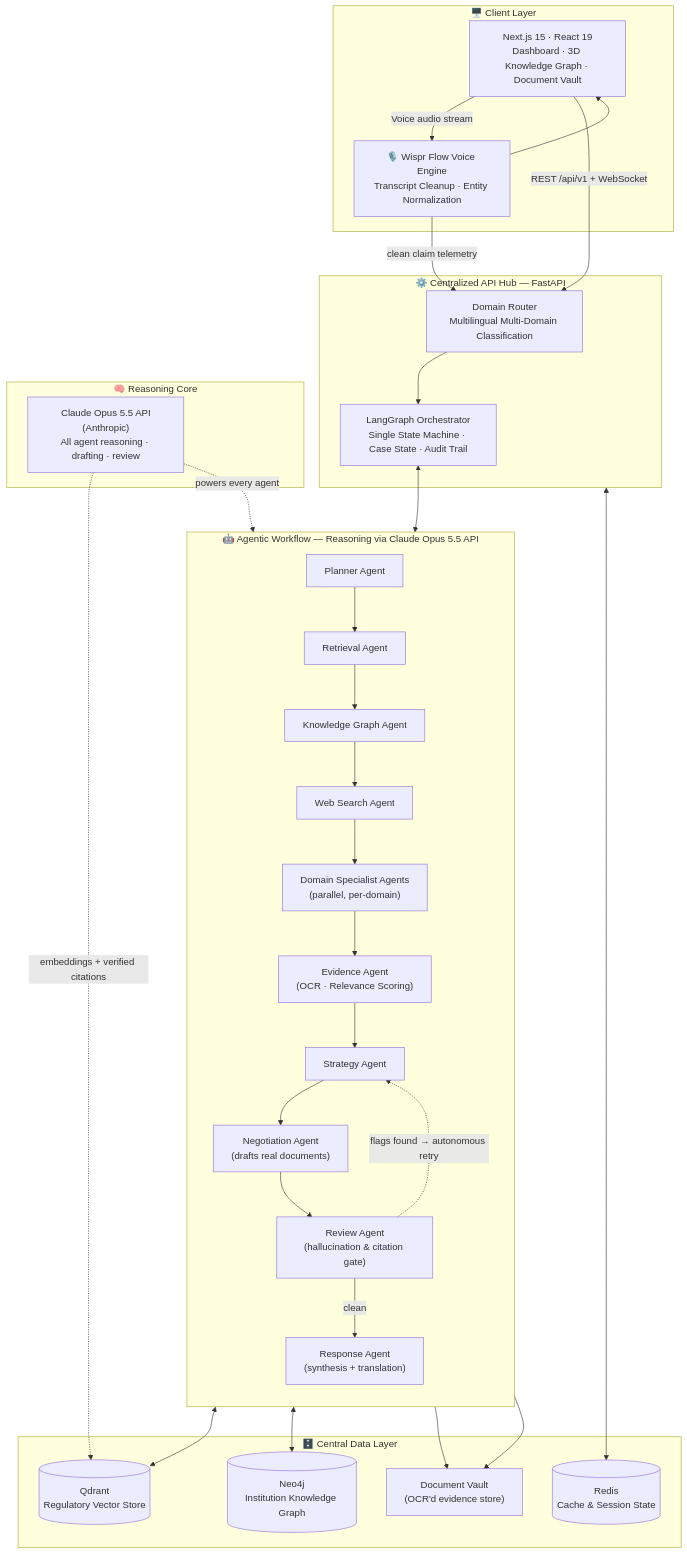
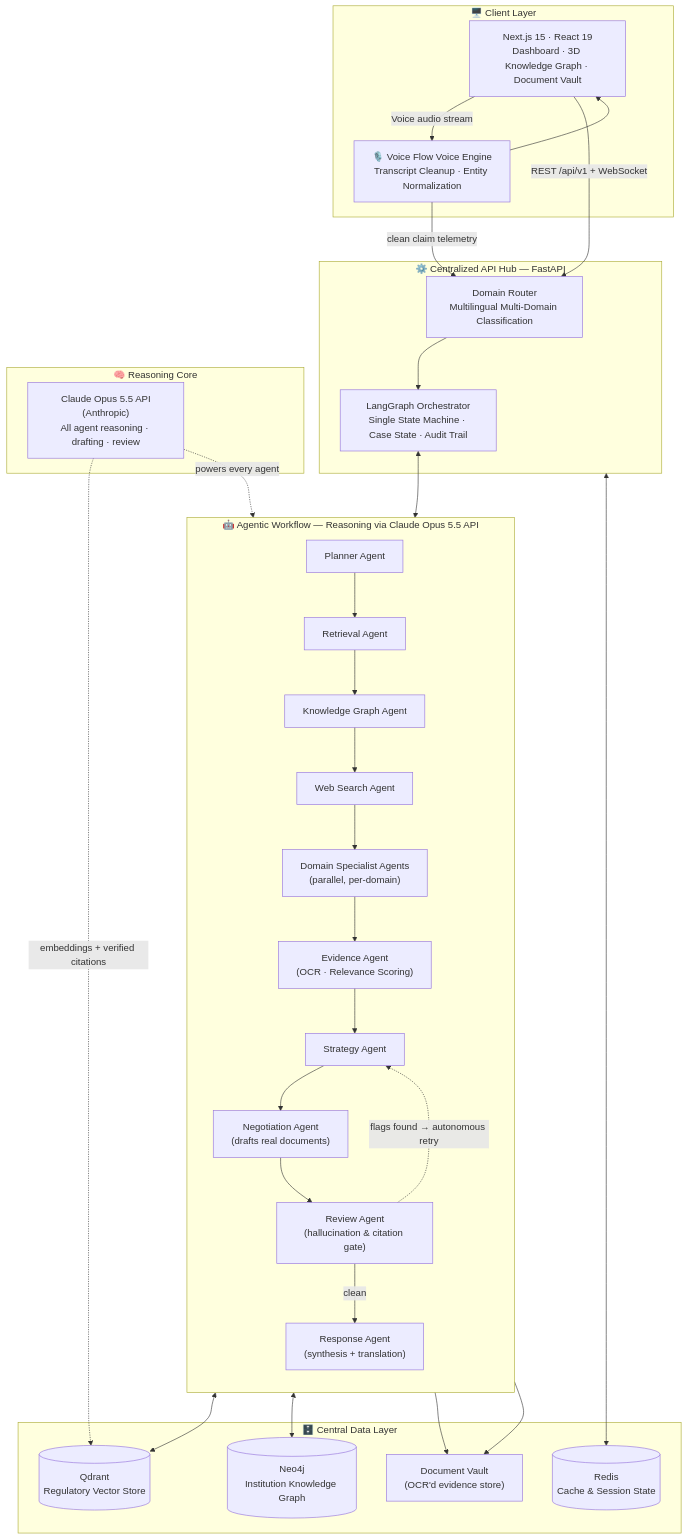
One commit to victrvondoom/RECLAIM changed the first of 2 diagrams in README.md. Above: the diagram before and after it, drawn with Mermaid. The commit also changed other lines of this file and 30 other files, not shown here.

Commit message:
chore: remove Wispr Flow references

````diff
--- a/README.md
+++ b/README.md
@@ -72,58 +72,58 @@
 ```mermaid
 flowchart TB
     subgraph Client["🖥️ Client Layer"]
         UI["Next.js 15 · React 19<br/>Dashboard · 3D Knowledge Graph · Document Vault"]
-        Voice["🎙️ Wispr Flow Voice Engine<br/>Transcript Cleanup · Entity Normalization"]
+        Voice["🎙️ Voice Flow Voice Engine<br/>Transcript Cleanup · Entity Normalization"]
         Voice --> UI
     end
 
     subgraph Hub["⚙️ Centralized API Hub — FastAPI"]
         Router["Domain Router<br/>Multilingual Multi-Domain Classification"]
         Orchestrator["LangGraph Orchestrator<br/>Single State Machine · Case State · Audit Trail"]
     end
 
     subgraph Agents["🤖 Agentic Workflow — Reasoning via Claude Opus 5.5 API"]
         direction TB
         Planner["Planner Agent"]
         Retrieval["Retrieval Agent"]
         KGraph["Knowledge Graph Agent"]
         WebSearch["Web Search Agent"]
         Specialists["Domain Specialist Agents<br/>(parallel, per-domain)"]
         Evidence["Evidence Agent<br/>(OCR · Relevance Scoring)"]
         Strategy["Strategy Agent"]
         Negotiator["Negotiation Agent<br/>(drafts real documents)"]
         Review["Review Agent<br/>(hallucination & citation gate)"]
         Response["Response Agent<br/>(synthesis + translation)"]
 
         Planner --> Retrieval --> KGraph --> WebSearch --> Specialists
         Specialists --> Evidence --> Strategy --> Negotiator --> Review
         Review -. "flags found → autonomous retry" .-> Strategy
         Review -- "clean" --> Response
     end
 
     subgraph Data["🗄️ Central Data Layer"]
         Qdrant[("Qdrant<br/>Regulatory Vector Store")]
         Neo4j[("Neo4j<br/>Institution Knowledge Graph")]
         Redis[("Redis<br/>Cache & Session State")]
         Vault["Document Vault<br/>(OCR'd evidence store)"]
     end
 
     subgraph LLM["🧠 Reasoning Core"]
         Claude["Claude Opus 5.5 API<br/>(Anthropic)<br/>All agent reasoning · drafting · review"]
     end
 
     UI -->|Voice audio stream| Voice
     UI -->|"REST /api/v1 + WebSocket"| Router
     Voice -->|clean claim telemetry| Router
     Router --> Orchestrator
     Orchestrator <--> Agents
 
     Retrieval <--> Qdrant
     KGraph <--> Neo4j
     Specialists --> Vault
     Negotiator --> Vault
     Hub <--> Redis
 
     Claude -. powers every agent .-> Agents
     Claude -. embeddings + verified citations .-> Qdrant
 ```
````
